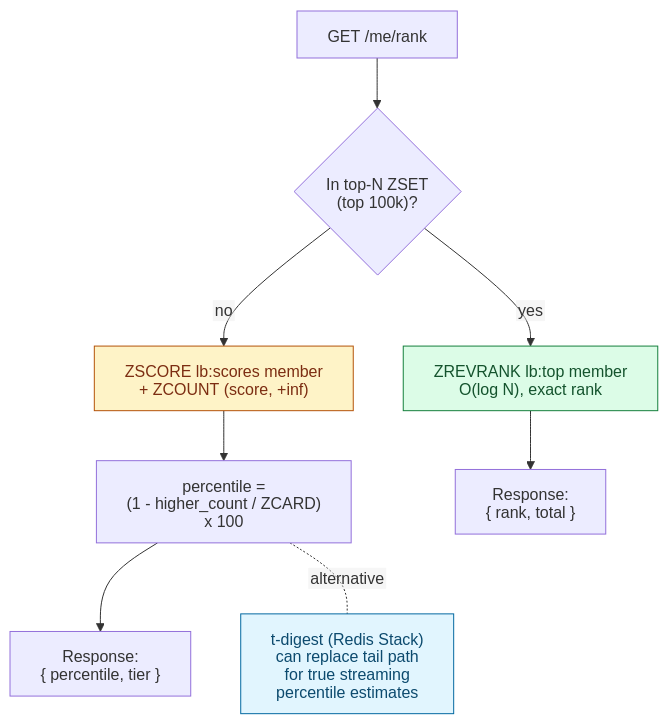
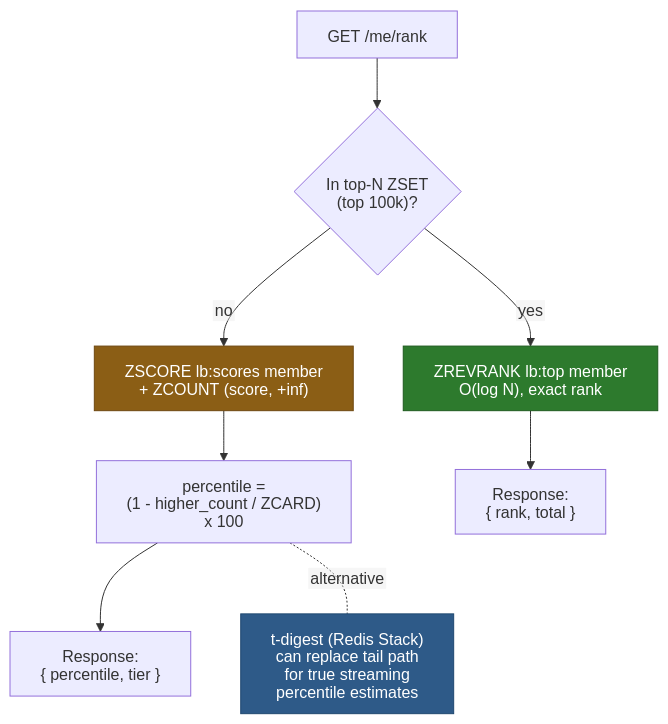
The diagram in content/articles/leaderboard-design/diagrams/hybrid-exact-approximate.mermaid (sujeet-pro/sujeet.pro), drawn with Mermaid before and after one commit. The commit also changed 2057 other files, not shown here.

```diff
--- a/content/articles/leaderboard-design/diagrams/hybrid-exact-approximate.mermaid
+++ b/content/articles/leaderboard-design/diagrams/hybrid-exact-approximate.mermaid
@@ -1,22 +1,25 @@
 %% Diagram: Hybrid leaderboard read path - exact rank for top tier, approximate percentile for the long tail
 %% Type: flowchart
 %%{init: {'htmlLabels': false}}%%
 flowchart TB
     Q["GET /me/rank"]
     L1{"In top-N ZSET<br/>(top 100k)?"}
     Top["ZREVRANK lb:top member<br/>O(log N), exact rank"]
     Tail["ZSCORE lb:scores member<br/>+ ZCOUNT (score, +inf)"]
     Pct["percentile =<br/>(1 - higher_count / ZCARD) x 100"]
     R1["Response:<br/>{ rank, total }"]
     R2["Response:<br/>{ percentile, tier }"]
 
     Q --> L1
     L1 -- yes --> Top --> R1
     L1 -- no --> Tail --> Pct --> R2
 
     Note1["t-digest (Redis Stack)<br/>can replace tail path<br/>for true streaming<br/>percentile estimates"]
     Pct -. alternative .- Note1
 
-    style Top fill:#dcfce7,stroke:#15803d,color:#14532d
-    style Tail fill:#fef3c7,stroke:#b45309,color:#7c2d12
-    style Note1 fill:#e1f5fe,stroke:#0369a1,color:#0c4a6e
+    classDef success fill:#2D7A2D,stroke:#1E5A1E,color:#fff
+    classDef storage fill:#8B5E15,stroke:#6E4810,color:#fff
+    classDef primary fill:#2E5A88,stroke:#1F4870,color:#fff
+    class Top success
+    class Tail storage
+    class Note1 primary
```
